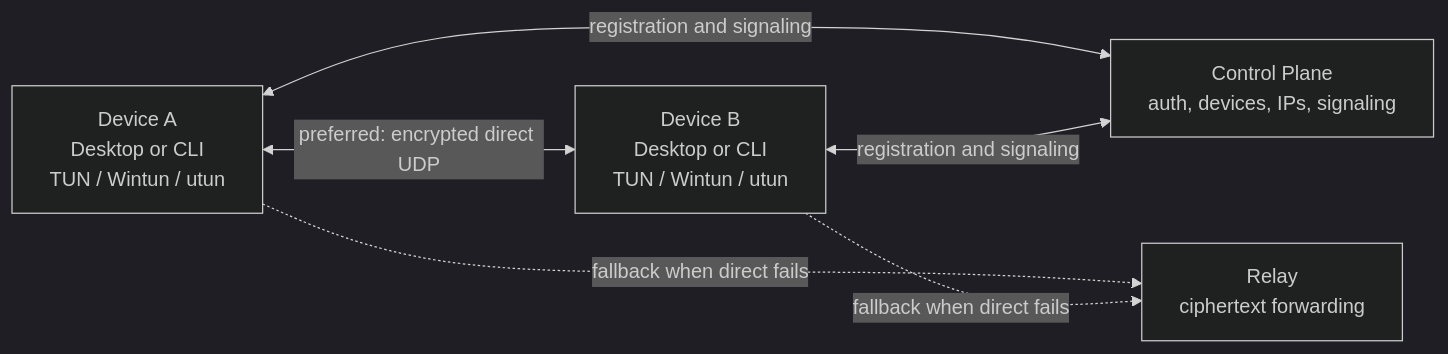
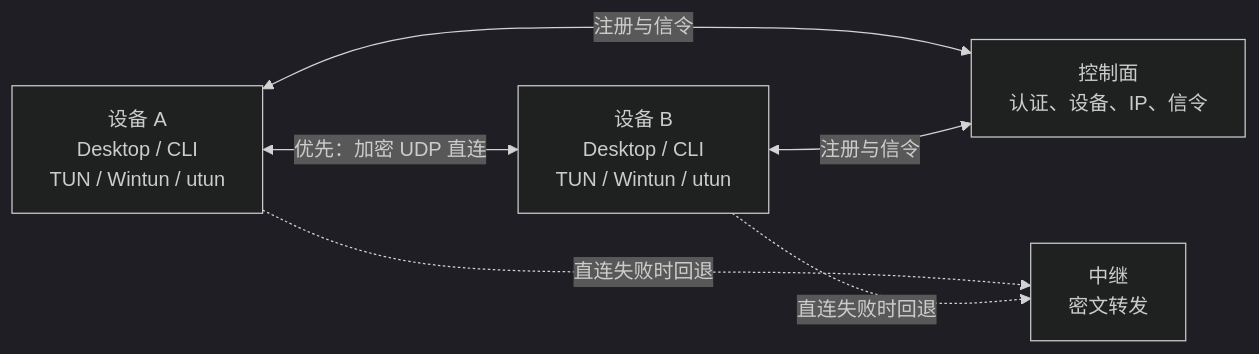
One commit to yhan-sun/p2wlan changed the diagram in README.md. Above: the diagram before and after it, drawn with Mermaid (dark theme). The commit also changed other lines of this file and 1 other file, not shown here.

````diff
--- a/README.md
+++ b/README.md
@@ -141,13 +144,13 @@
 ```mermaid
 flowchart LR
-    A["Device A<br/>Desktop or CLI<br/>TUN / Wintun / utun"]
-    B["Device B<br/>Desktop or CLI<br/>TUN / Wintun / utun"]
-    C["Control Plane<br/>auth, devices, IPs, signaling"]
-    R["Relay<br/>ciphertext forwarding"]
+    A["设备 A<br/>Desktop / CLI<br/>TUN / Wintun / utun"]
+    B["设备 B<br/>Desktop / CLI<br/>TUN / Wintun / utun"]
+    C["控制面<br/>认证、设备、IP、信令"]
+    R["中继<br/>密文转发"]
 
-    A <-->|"preferred: encrypted direct UDP"| B
-    A <-->|"registration and signaling"| C
-    B <-->|"registration and signaling"| C
-    A -.->|"fallback when direct fails"| R
-    B -.->|"fallback when direct fails"| R
+    A <-->|"优先：加密 UDP 直连"| B
+    A <-->|"注册与信令"| C
+    B <-->|"注册与信令"| C
+    A -.->|"直连失败时回退"| R
+    B -.->|"直连失败时回退"| R
 ```
````
